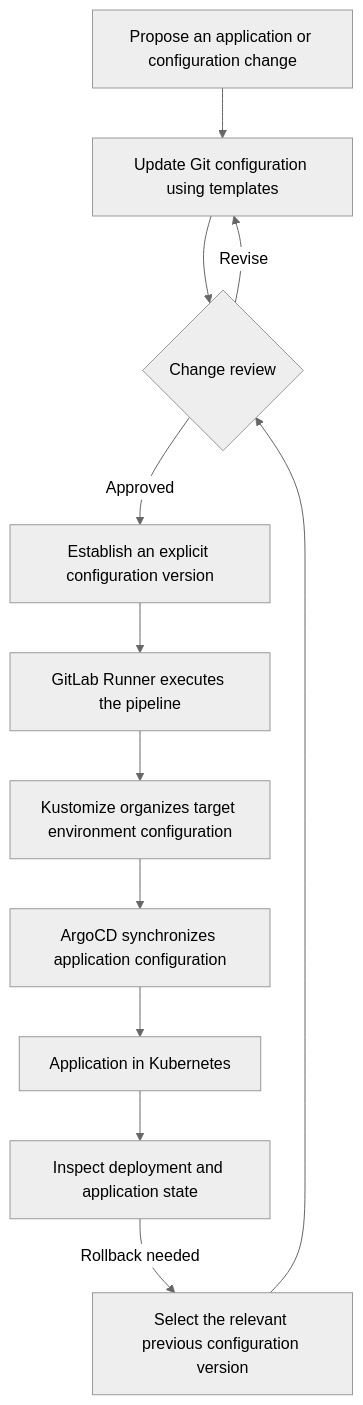
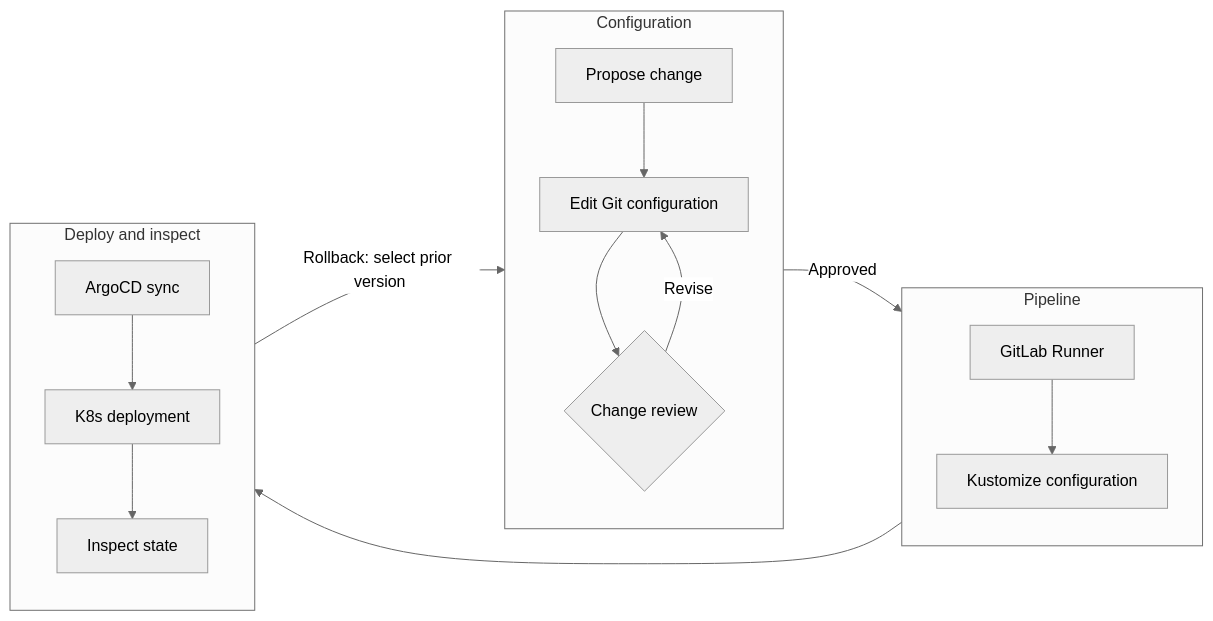
The first of 2 diagrams in content/en/cases/enterprise-gitops-platform.md (cytlabs/personal-site), drawn with Mermaid (neutral theme) before and after one commit. The commit also changed other lines of this file and 17 other files, not shown here.

Commit message:
统一图表排版与主题并支持大图查看

````diff
--- a/content/en/cases/enterprise-gitops-platform.md
+++ b/content/en/cases/enterprise-gitops-platform.md
@@ -17,14 +17,18 @@
 ```mermaid
-flowchart TD
-    A["Propose an application or configuration change"] --> B["Update Git configuration using templates"]
-    B --> C{"Change review"}
-    C -->|Revise| B
-    C -->|Approved| D["Establish an explicit configuration version"]
-    D --> E["GitLab Runner executes the pipeline"]
-    E --> F["Kustomize organizes target environment configuration"]
-    F --> G["ArgoCD synchronizes application configuration"]
-    G --> H["Application in Kubernetes"]
-    H --> I["Inspect deployment and application state"]
-    I -->|Rollback needed| J["Select the relevant previous configuration version"]
-    J --> C
+flowchart LR
+    subgraph CONFIG["Configuration"]
+        direction TB
+        A["Propose change"] --> B["Edit Git configuration"] --> C{"Change review"}
+        C -->|Revise| B
+    end
+    subgraph PIPE["Pipeline"]
+        direction TB
+        D["GitLab Runner"] --> E["Kustomize configuration"]
+    end
+    subgraph DEPLOY["Deploy and inspect"]
+        direction TB
+        F["ArgoCD sync"] --> G["K8s deployment"] --> H["Inspect state"]
+    end
+    CONFIG -->|Approved| PIPE --> DEPLOY
+    DEPLOY -->|Rollback: select prior version| CONFIG
 ```
````
